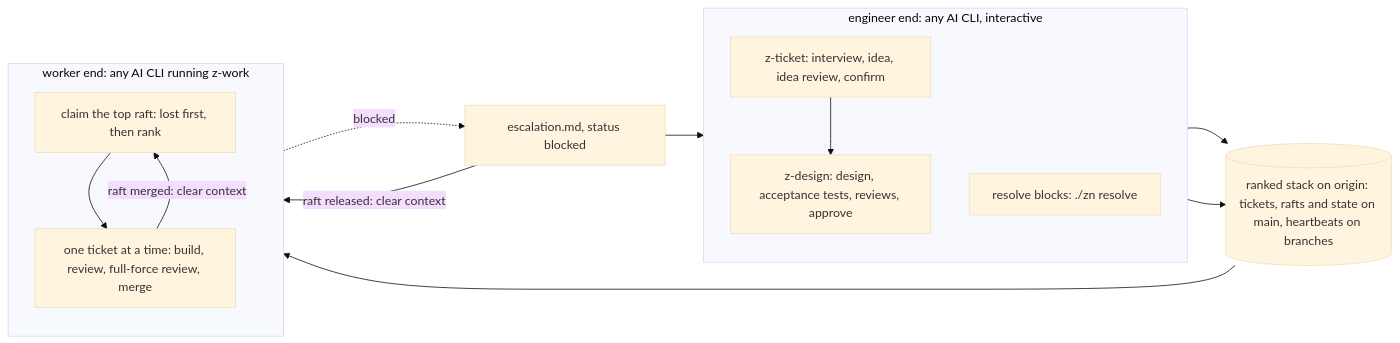
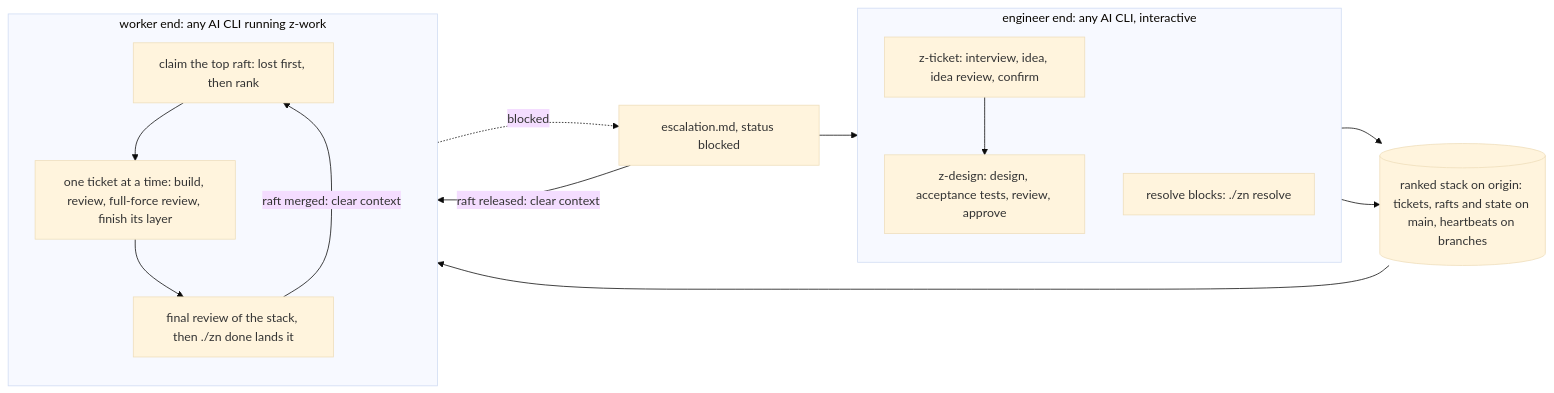
One commit to philipbergen/z-nile changed the second of 3 diagrams in z-nile/.tracker/issues/c0264/experiments/README.draft.md. Above: the diagram before and after it, drawn with Mermaid (base theme). The commit also changed other lines of this file and 18 other files, not shown here.

````diff
--- a/z-nile/.tracker/issues/c0264/experiments/README.draft.md
+++ b/z-nile/.tracker/issues/c0264/experiments/README.draft.md
@@ -36,24 +36,26 @@
 ```mermaid
 flowchart LR
   subgraph eng["engineer end: any AI CLI, interactive"]
     direction TB
     cap["z-ticket: interview, idea, idea review, confirm"]
-    des["z-design: design, acceptance tests, reviews, approve"]
+    des["z-design: design, acceptance tests, review, approve"]
     res["resolve blocks: ./zn resolve"]
     cap --> des
   end
   stack[("ranked stack on origin: tickets, rafts and state on main, heartbeats on branches")]
   subgraph wrk["worker end: any AI CLI running z-work"]
     direction TB
     loop["claim the top raft: lost first, then rank"]
-    layer["one ticket at a time: build, review, full-force review, merge"]
+    layer["one ticket at a time: build, review, full-force review, finish its layer"]
+    final["final review of the stack, then ./zn done lands it"]
     loop --> layer
+    layer --> final
   end
   eng --> stack
   stack --> loop
-  layer -->|"raft merged: clear context"| loop
+  final -->|"raft merged: clear context"| loop
   layer -. blocked .-> esc["escalation.md, status blocked"]
   esc -->|"raft released: clear context"| loop
   esc --> res
   res --> stack
 ```
````
